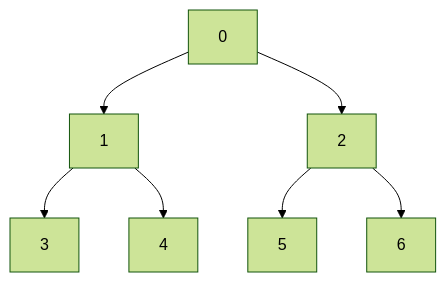
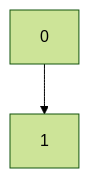
One commit to mtkimmins/LTSDM_hack changed the diagram in a1800_huffman.md. Above: the diagram before and after it, drawn with Mermaid (forest theme).

````diff
--- a/a1800_huffman.md
+++ b/a1800_huffman.md
@@ -25,9 +25,4 @@
 ```mermaid
 graph TD;
-  0-->1;
-  0-->2;
-  1-->3;
-  1-->4;
-  2-->5;
-  2-->6;
+0-->1;
 ```
````
